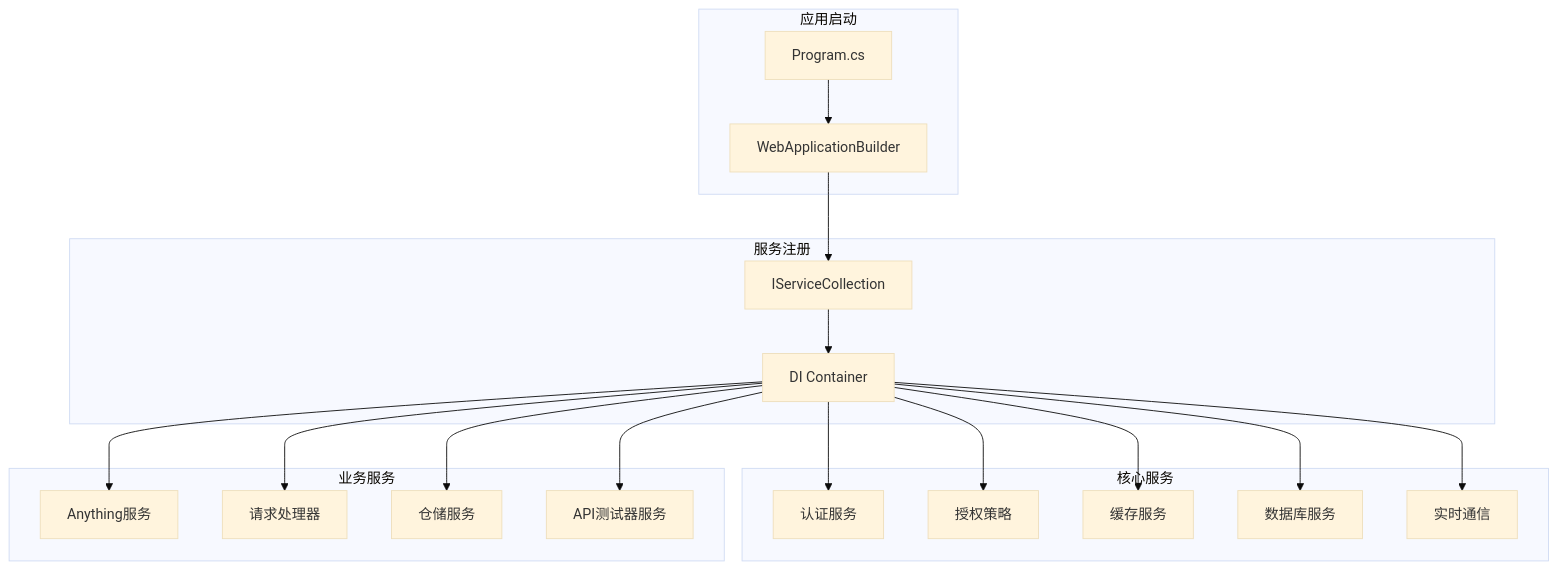
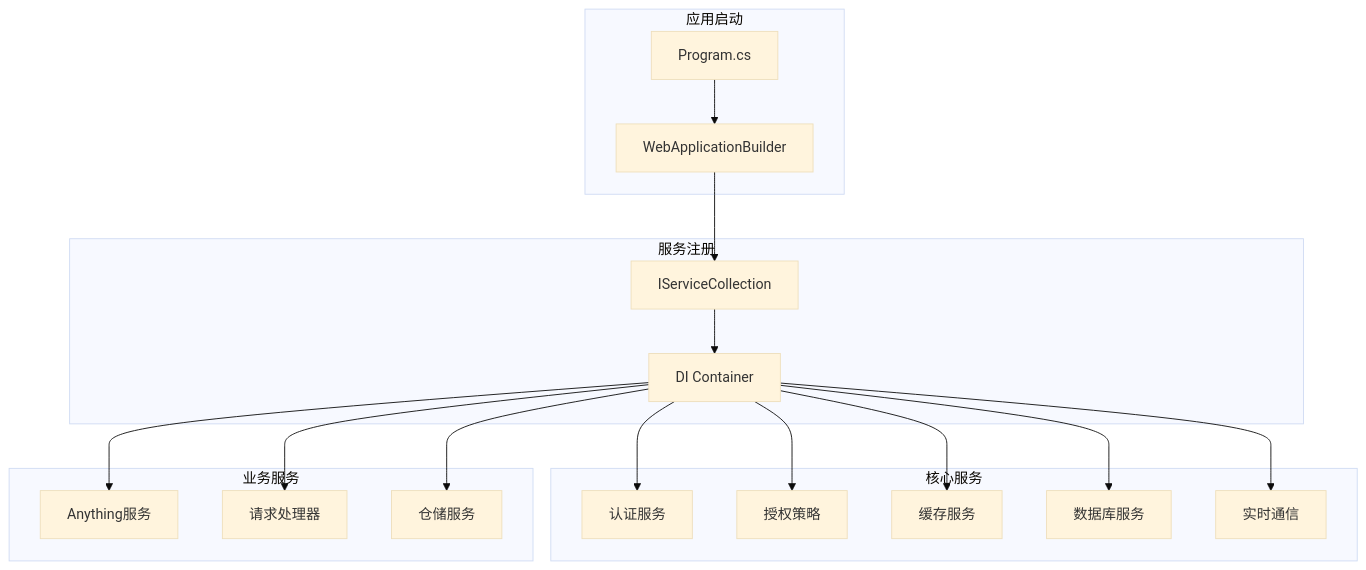
One commit to Sosososolong/AirGo changed diagram 15 of 17 in .qoder/repowiki/zh/content/核心架构设计/布局导航系统更新.md. Above: the diagram before and after it, drawn with Mermaid (base theme). The commit also changed other lines of this file and 10 other files, not shown here.

````diff
--- a/.qoder/repowiki/zh/content/核心架构设计/布局导航系统更新.md
+++ b/.qoder/repowiki/zh/content/核心架构设计/布局导航系统更新.md
@@ -550,36 +510,34 @@
 ```mermaid
 graph TB
 subgraph "应用启动"
 Program[Program.cs]
 Builder[WebApplicationBuilder]
 end
 subgraph "服务注册"
 Services[IServiceCollection]
 DIContainer[DI Container]
 end
 subgraph "核心服务"
 Authentication[认证服务]
 Authorization[授权策略]
 Cache[缓存服务]
 Database[数据库服务]
 SignalR[实时通信]
 end
 subgraph "业务服务"
 AnythingService[Anything服务]
 RequestProcessor[请求处理器]
 Repository[仓储服务]
-ApiTesterService[API测试器服务]
 end
 Program --> Builder
 Builder --> Services
 Services --> DIContainer
 DIContainer --> Authentication
 DIContainer --> Authorization
 DIContainer --> Cache
 DIContainer --> Database
 DIContainer --> SignalR
 DIContainer --> AnythingService
 DIContainer --> RequestProcessor
 DIContainer --> Repository
-DIContainer --> ApiTesterService
 ```
````
